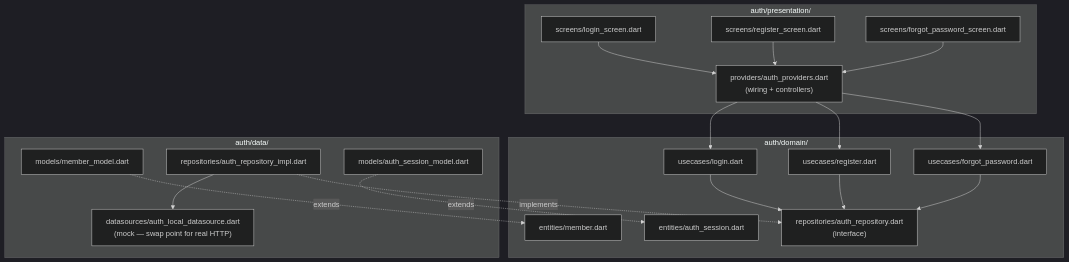
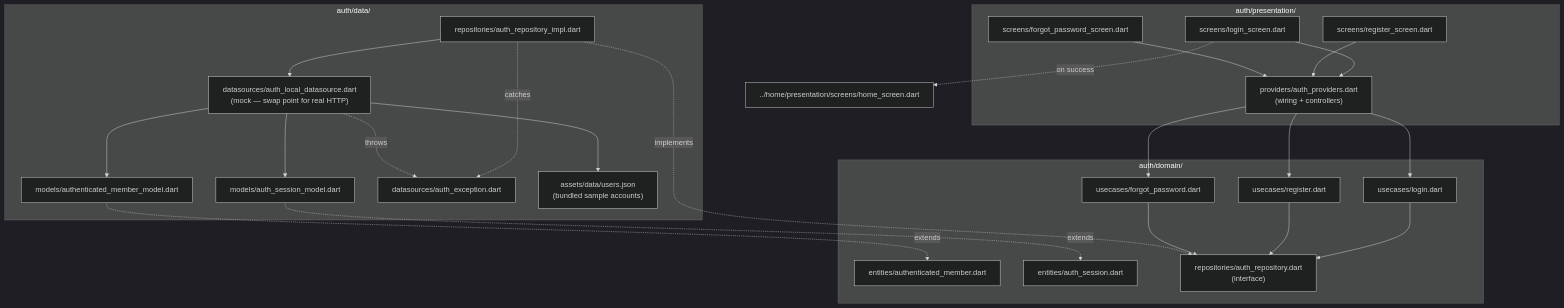
Before and after one commit to malindu-asc/Libra: the second of 4 diagrams in ARCHITECTURE.md, drawn with Mermaid (dark theme). The commit also changed other lines of this file and 16 other files, not shown here.

Commit message:
Add: auth domain/presentaion/data layers and configure the registration and login

````diff
--- a/ARCHITECTURE.md
+++ b/ARCHITECTURE.md
@@ -47,39 +69,49 @@
 ```mermaid
 flowchart TD
     subgraph auth_domain["auth/domain/"]
-        Member["entities/member.dart"]
+        Member["entities/authenticated_member.dart"]
         AuthSession["entities/auth_session.dart"]
         AuthRepo["repositories/auth_repository.dart<br/>(interface)"]
         Login["usecases/login.dart"]
         Register["usecases/register.dart"]
         ForgotPw["usecases/forgot_password.dart"]
     end
 
     subgraph auth_data["auth/data/"]
-        MemberModel["models/member_model.dart"]
+        MemberModel["models/authenticated_member_model.dart"]
         SessionModel["models/auth_session_model.dart"]
+        AuthExc["datasources/auth_exception.dart"]
         LocalDS["datasources/auth_local_datasource.dart<br/>(mock — swap point for real HTTP)"]
+        UsersJson["assets/data/users.json<br/>(bundled sample accounts)"]
         RepoImpl["repositories/auth_repository_impl.dart"]
     end
 
     subgraph auth_presentation["auth/presentation/"]
         Providers["providers/auth_providers.dart<br/>(wiring + controllers)"]
         LoginScreen["screens/login_screen.dart"]
         RegisterScreen["screens/register_screen.dart"]
         ForgotScreen["screens/forgot_password_screen.dart"]
     end
 
+    HomeScreen["../home/presentation/screens/home_screen.dart"]
+
     Login --> AuthRepo
     Register --> AuthRepo
     ForgotPw --> AuthRepo
     RepoImpl -. implements .-> AuthRepo
     RepoImpl --> LocalDS
+    RepoImpl -. catches .-> AuthExc
+    LocalDS -. throws .-> AuthExc
+    LocalDS --> UsersJson
+    LocalDS --> MemberModel
+    LocalDS --> SessionModel
     MemberModel -. extends .-> Member
     SessionModel -. extends .-> AuthSession
     Providers --> Login
     Providers --> Register
     Providers --> ForgotPw
     LoginScreen --> Providers
     RegisterScreen --> Providers
     ForgotScreen --> Providers
+    LoginScreen -. "on success" .-> HomeScreen
 ```
````
